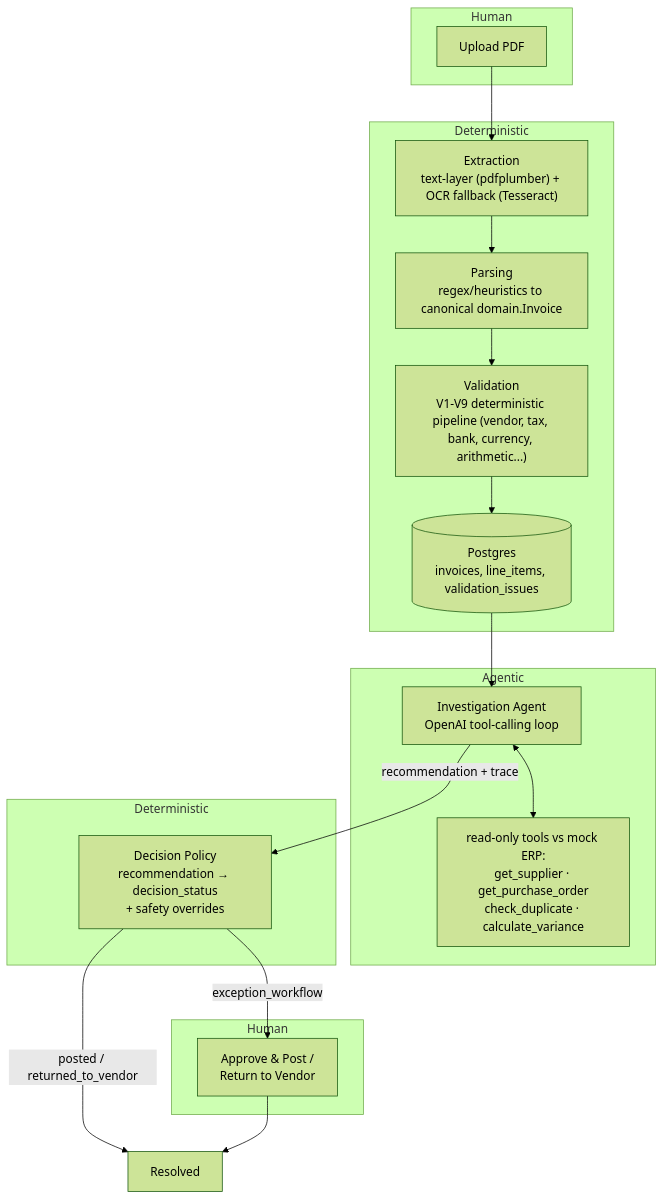
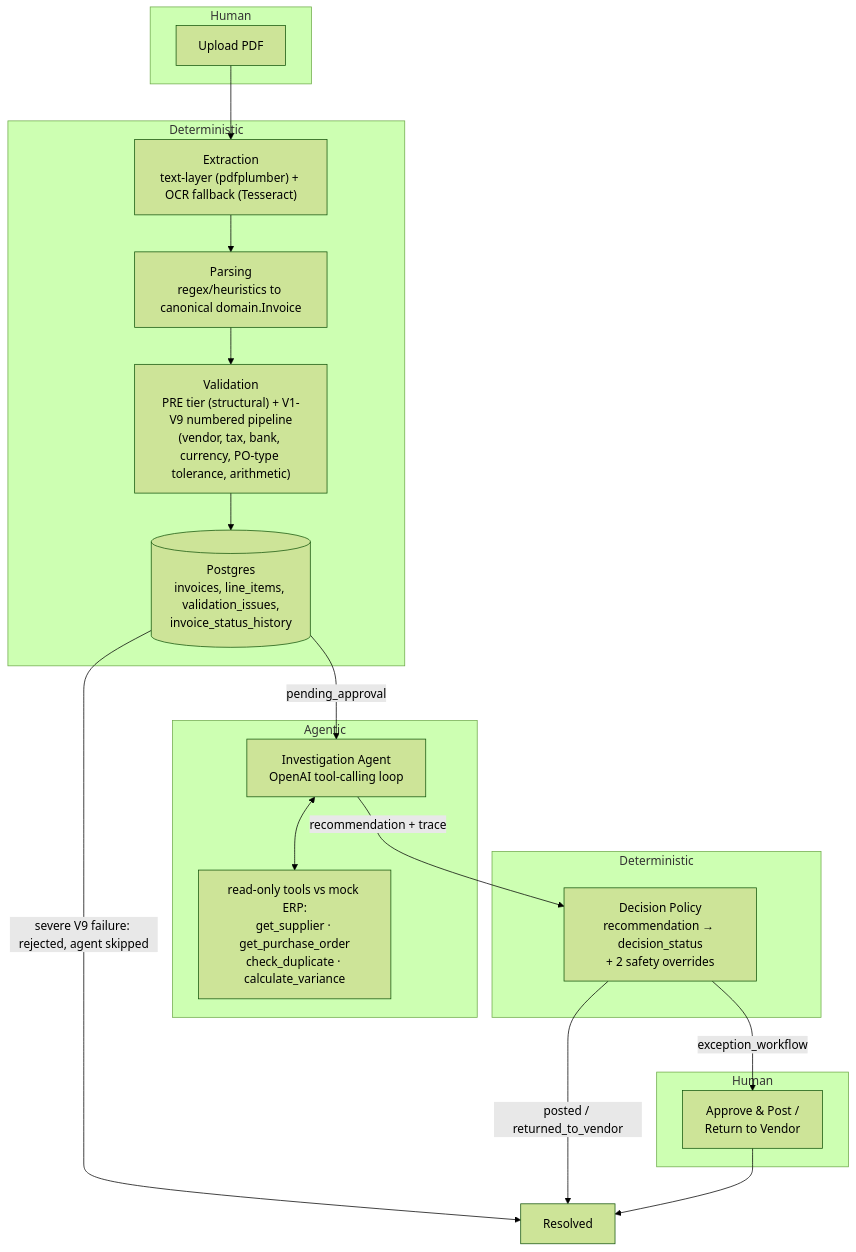
One commit to Siddharthjo/intelligent-invoice-processing changed the diagram in README.md. Above: the diagram before and after it, drawn with Mermaid (forest theme). The commit also changed other lines of this file, not shown here.

First line of the commit message:
Update README for the V1-V9 pipeline, PO-type tolerance, and status lifecycle

````diff
--- a/README.md
+++ b/README.md
@@ -9,32 +9,34 @@
 ```mermaid
 flowchart TD
     subgraph H1[" Human "]
         A[Upload PDF]
     end
 
     subgraph D1[" Deterministic "]
         B["Extraction<br/>text-layer (pdfplumber) + OCR fallback (Tesseract)"]
         C["Parsing<br/>regex/heuristics to canonical domain.Invoice"]
-        D["Validation<br/>V1-V9 deterministic pipeline (vendor, tax, bank, currency, arithmetic...)"]
-        E[("Postgres<br/>invoices, line_items, validation_issues")]
+        D["Validation<br/>PRE tier (structural) + V1-V9 numbered pipeline<br/>(vendor, tax, bank, currency, PO-type tolerance, arithmetic)"]
+        E[("Postgres<br/>invoices, line_items, validation_issues,<br/>invoice_status_history")]
     end
 
     subgraph AG[" Agentic "]
         F["Investigation Agent<br/>OpenAI tool-calling loop"]
         G["read-only tools vs mock ERP:<br/>get_supplier · get_purchase_order<br/>check_duplicate · calculate_variance"]
     end
 
     subgraph D2[" Deterministic "]
-        P["Decision Policy<br/>recommendation → decision_status<br/>+ safety overrides"]
+        P["Decision Policy<br/>recommendation → decision_status<br/>+ 2 safety overrides"]
     end
 
     subgraph H2[" Human "]
         HA["Approve & Post /<br/>Return to Vendor"]
     end
 
-    A --> B --> C --> D --> E --> F
+    A --> B --> C --> D --> E
+    E -->|pending_approval| F
+    E -->|severe V9 failure: rejected, agent skipped| Z[Resolved]
     F <--> G
     F -->|recommendation + trace| P
-    P -->|posted / returned_to_vendor| Z[Resolved]
+    P -->|posted / returned_to_vendor| Z
     P -->|exception_workflow| HA --> Z
 ```
````
